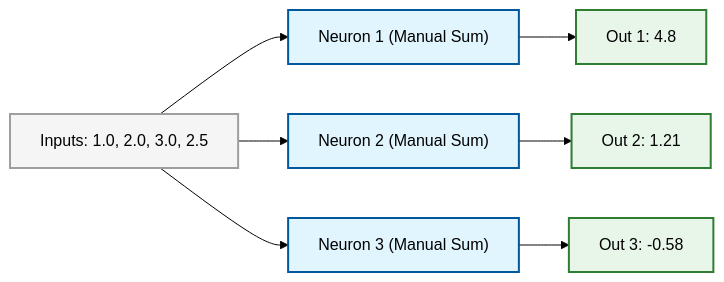
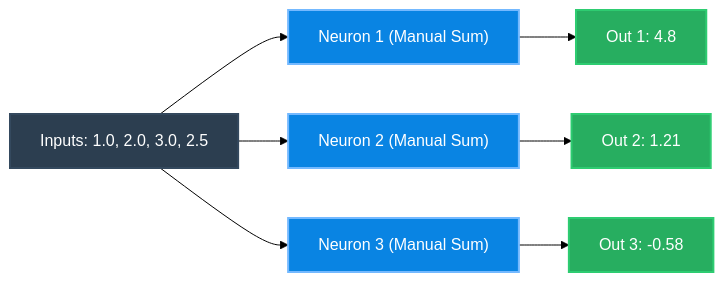
Before and after one commit to holycompile/Neural_Networks_from_Scratch: the first of 10 diagrams in README.md, drawn with Mermaid (forest theme). The commit also changed other lines of this file, not shown here.

````diff
--- a/README.md
+++ b/README.md
@@ -42,17 +42,17 @@
 ```mermaid
 graph LR
     Inputs["Inputs: 1.0, 2.0, 3.0, 2.5"] --> N1["Neuron 1 (Manual Sum)"]
     Inputs --> N2["Neuron 2 (Manual Sum)"]
     Inputs --> N3["Neuron 3 (Manual Sum)"]
     N1 --> Out1["Out 1: 4.8"]
     N2 --> Out2["Out 2: 1.21"]
     N3 --> Out3["Out 3: -0.58"]
     
-    style Inputs fill:#f5f5f5,stroke:#9e9e9e,stroke-width:2px;
-    style N1 fill:#e1f5fe,stroke:#01579b,stroke-width:2px;
-    style N2 fill:#e1f5fe,stroke:#01579b,stroke-width:2px;
-    style N3 fill:#e1f5fe,stroke:#01579b,stroke-width:2px;
-    style Out1 fill:#e8f5e9,stroke:#2e7d32,stroke-width:2px;
-    style Out2 fill:#e8f5e9,stroke:#2e7d32,stroke-width:2px;
-    style Out3 fill:#e8f5e9,stroke:#2e7d32,stroke-width:2px;
+    style Inputs fill:#2c3e50,stroke:#34495e,stroke-width:2px,color:#fff;
+    style N1 fill:#0984e3,stroke:#74b9ff,stroke-width:2px,color:#fff;
+    style N2 fill:#0984e3,stroke:#74b9ff,stroke-width:2px,color:#fff;
+    style N3 fill:#0984e3,stroke:#74b9ff,stroke-width:2px,color:#fff;
+    style Out1 fill:#27ae60,stroke:#2ecc71,stroke-width:2px,color:#fff;
+    style Out2 fill:#27ae60,stroke:#2ecc71,stroke-width:2px,color:#fff;
+    style Out3 fill:#27ae60,stroke:#2ecc71,stroke-width:2px,color:#fff;
 ```
````
